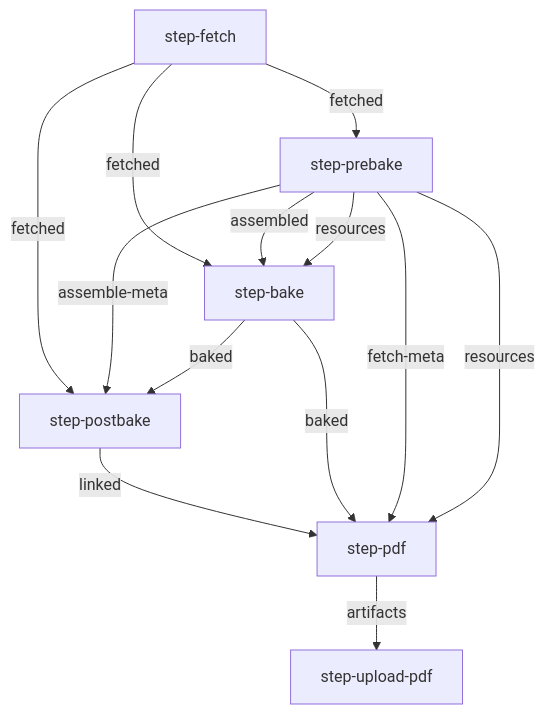
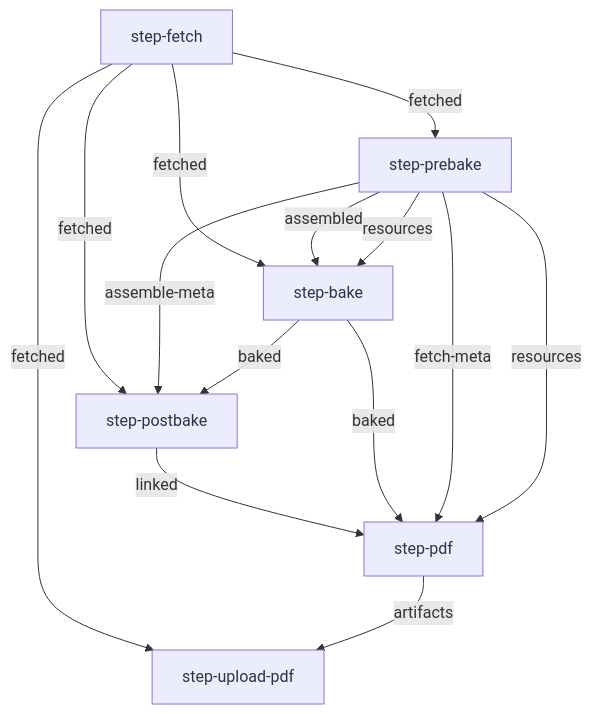
Before and after one commit to openstax/enki: the first of 4 diagrams in build-concourse/graphs/README.md, drawn with Mermaid. The commit also changed other lines of this file and 5 other files, not shown here.

````diff
--- a/build-concourse/graphs/README.md
+++ b/build-concourse/graphs/README.md
@@ -13,15 +13,16 @@
 ```mermaid
 graph TB
     step-fetch -- fetched --> step-prebake
     step-fetch -- fetched --> step-bake
     step-prebake -- assembled --> step-bake
     step-prebake -- resources --> step-bake
     step-fetch -- fetched --> step-postbake
     step-prebake -- assemble-meta --> step-postbake
     step-bake -- baked --> step-postbake
     step-postbake -- linked --> step-pdf
     step-bake -- baked --> step-pdf
     step-prebake -- fetch-meta --> step-pdf
     step-prebake -- resources --> step-pdf
+    step-fetch -- fetched --> step-upload-pdf
     step-pdf -- artifacts --> step-upload-pdf
 ```
````
